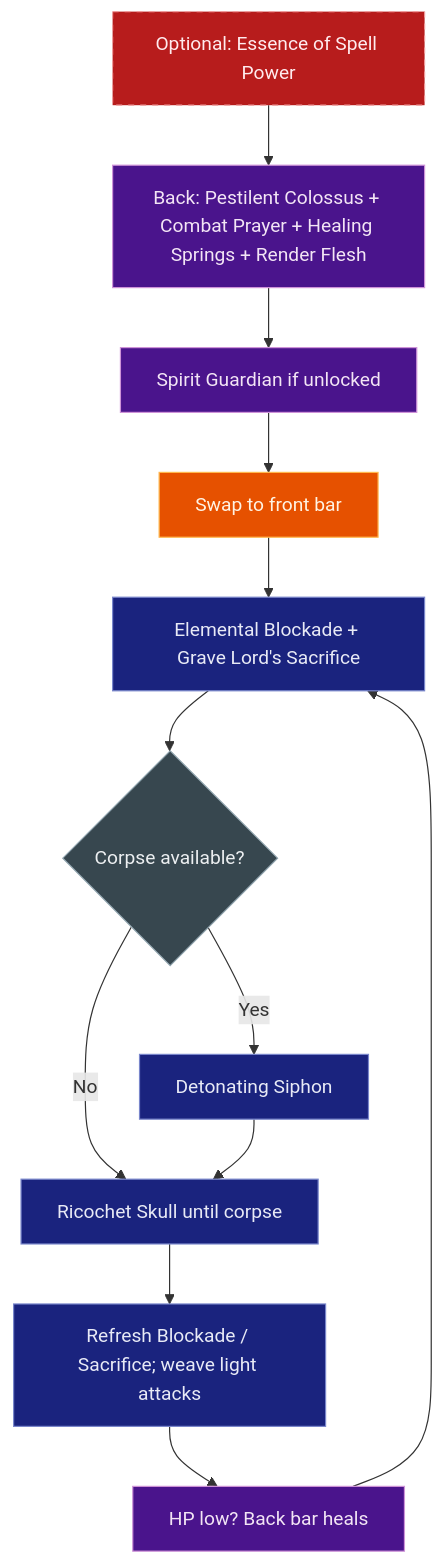
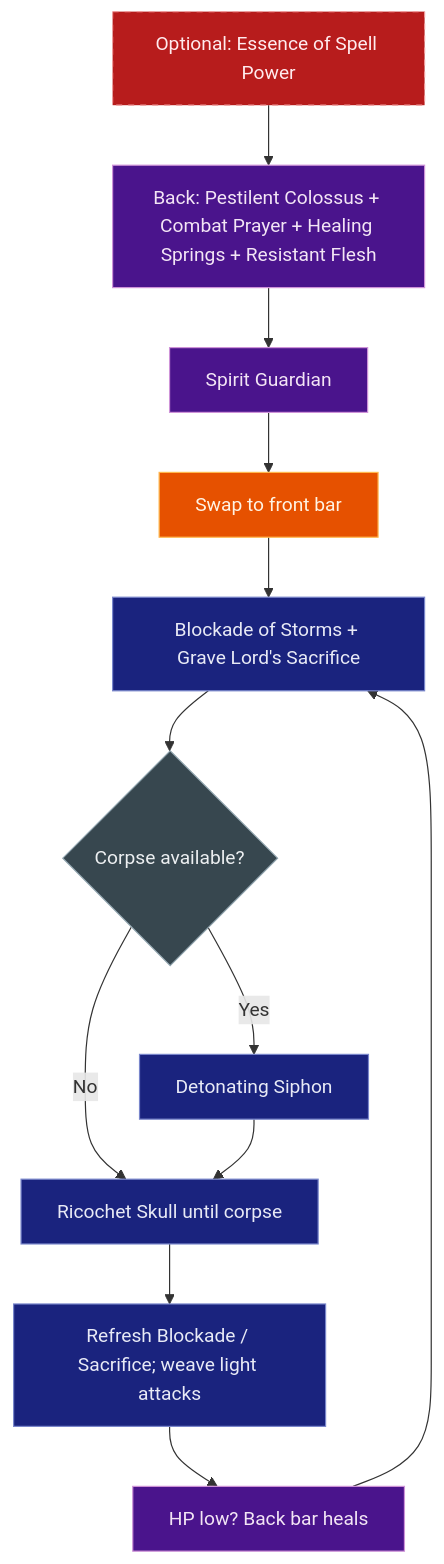
Before and after one commit to solaegis/CharacterMarkdown: the second of 3 diagrams in examples/solaegis/na/rilis_toxil_plan.md, drawn with Mermaid. The commit also changed other lines of this file and 33 other files, not shown here.

````diff
--- a/examples/solaegis/na/rilis_toxil_plan.md
+++ b/examples/solaegis/na/rilis_toxil_plan.md
@@ -151,20 +154,20 @@
 ```mermaid
 flowchart TD
     classDef start fill:#B71C1C,stroke:#EF9A9A,stroke-dasharray:5 5,color:#FFEBEE
     classDef backbar fill:#4A148C,stroke:#CE93D8,color:#F3E5F5
     classDef swap fill:#E65100,stroke:#FFB74D,color:#FFF3E3
     classDef frontbar fill:#1A237E,stroke:#7986CB,color:#E8EAF6
     classDef corpse fill:#37474F,stroke:#90A4AE,color:#ECEFF1
 
-    A["Optional: Essence of Spell Power"]:::start --> B["Back: Pestilent Colossus + Combat Prayer + Healing Springs + Render Flesh"]:::backbar
-    B --> C["Spirit Guardian if unlocked"]:::backbar
+    A["Optional: Essence of Spell Power"]:::start --> B["Back: Pestilent Colossus + Combat Prayer + Healing Springs + Resistant Flesh"]:::backbar
+    B --> C["Spirit Guardian"]:::backbar
     C --> D["Swap to front bar"]:::swap
-    D --> E["Elemental Blockade + Grave Lord's Sacrifice"]:::frontbar
+    D --> E["Blockade of Storms + Grave Lord's Sacrifice"]:::frontbar
     E --> F{"Corpse available?"}:::corpse
     F -->|Yes| G["Detonating Siphon"]:::frontbar
     F -->|No| H["Ricochet Skull until corpse"]:::frontbar
     G --> H
     H --> I["Refresh Blockade / Sacrifice; weave light attacks"]:::frontbar
     I --> J["HP low? Back bar heals"]:::backbar
     J --> E
 ```
````
